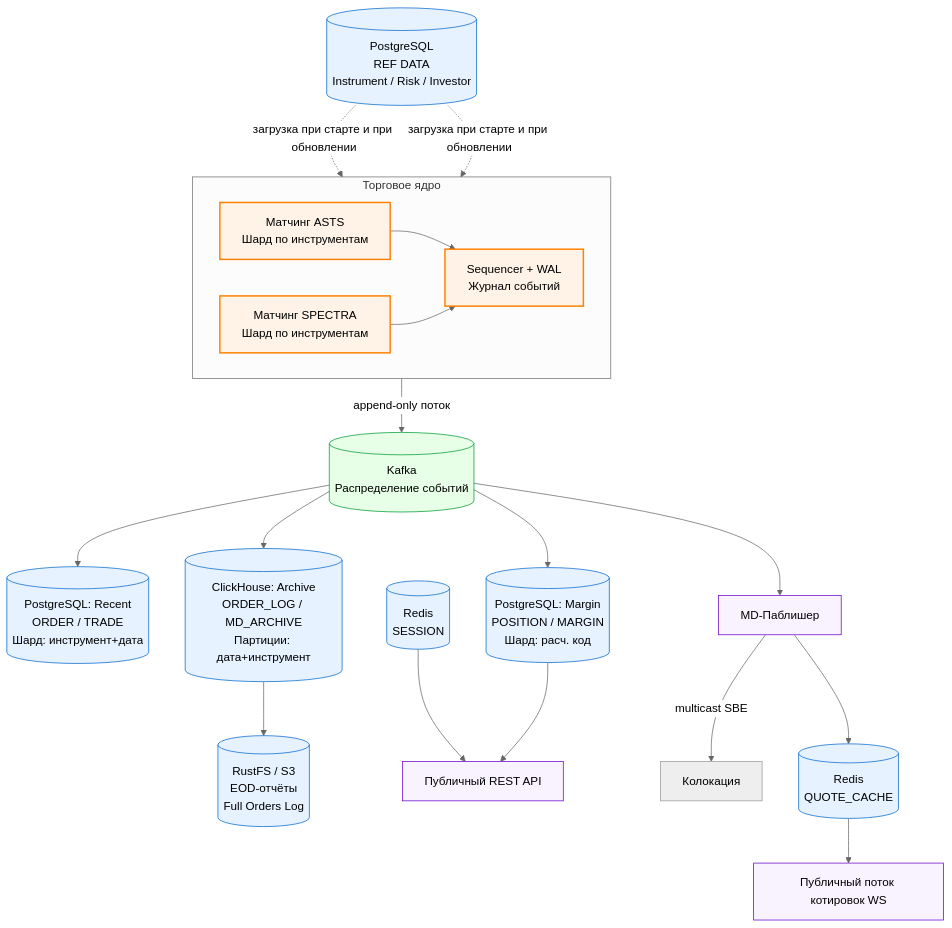
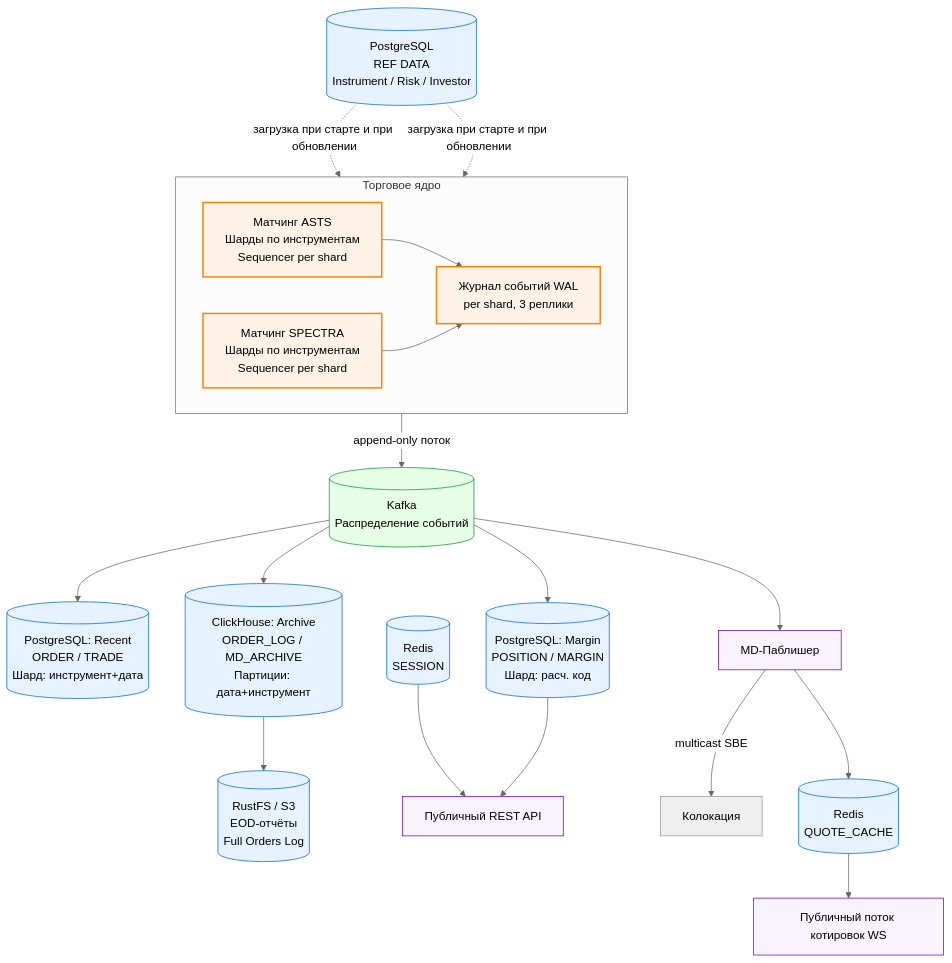
The fourth of 5 diagrams in README.md (crimsonnclover/hse-highload), drawn with Mermaid (neutral theme) before and after one commit. The commit also changed other lines of this file, not shown here.

````diff
--- a/README.md
+++ b/README.md
@@ -543,38 +555,38 @@
 ```mermaid
 flowchart TD
     classDef core fill:#fff2e6,stroke:#ff8000,stroke-width:2px,color:#000;
     classDef db fill:#e6f2ff,stroke:#0066cc,stroke-width:1px,color:#000;
     classDef mq fill:#e6ffe6,stroke:#009933,stroke-width:1px,color:#000;
     classDef pub fill:#f9f2ff,stroke:#6600cc,stroke-width:1px,color:#000;
 
     PGREF[(PostgreSQL<br/>REF DATA<br/>Instrument / Risk / Investor)]:::db
 
     subgraph Core ["Торговое ядро"]
         direction LR
-        ME1["Матчинг ASTS<br/>Шард по инструментам"]:::core
-        ME2["Матчинг SPECTRA<br/>Шард по инструментам"]:::core
-        SEQ["Sequencer + WAL<br/>Журнал событий"]:::core
+        ME1["Матчинг ASTS<br/>Шарды по инструментам<br/>Sequencer per shard"]:::core
+        ME2["Матчинг SPECTRA<br/>Шарды по инструментам<br/>Sequencer per shard"]:::core
+        JRN["Журнал событий WAL<br/>per shard, 3 реплики"]:::core
         
-        ME1 --> SEQ
-        ME2 --> SEQ
+        ME1 --> JRN
+        ME2 --> JRN
     end
 
     PGREF -.->|загрузка при старте и при обновлении| ME1
     PGREF -.->|загрузка при старте и при обновлении| ME2
 
-    SEQ -->|append-only поток| KAFKA[(Kafka<br/>Распределение событий)]:::mq
+    JRN -->|append-only поток| KAFKA[(Kafka<br/>Распределение событий)]:::mq
 
     KAFKA --> PGO[(PostgreSQL: Recent<br/>ORDER / TRADE<br/>Шард: инструмент+дата)]:::db
     KAFKA --> PGP[(PostgreSQL: Margin<br/>POSITION / MARGIN<br/>Шард: расч. код)]:::db
     KAFKA --> CH[(ClickHouse: Archive<br/>ORDER_LOG / MD_ARCHIVE<br/>Партиции: дата+инструмент)]:::db
 
     CH --> S3[(RustFS / S3<br/>EOD-отчёты<br/>Full Orders Log)]:::db
 
     KAFKA --> MDP[MD-Паблишер]:::pub
     RC2[(Redis<br/>SESSION)]:::db --> APIPUB[Публичный REST API]:::pub
     PGP --> APIPUB
 
     MDP -->|multicast SBE| COLO[Колокация]
     MDP --> RC[(Redis<br/>QUOTE_CACHE)]:::db
     RC --> WSG[Публичный поток котировок WS]:::pub
 ```
````
